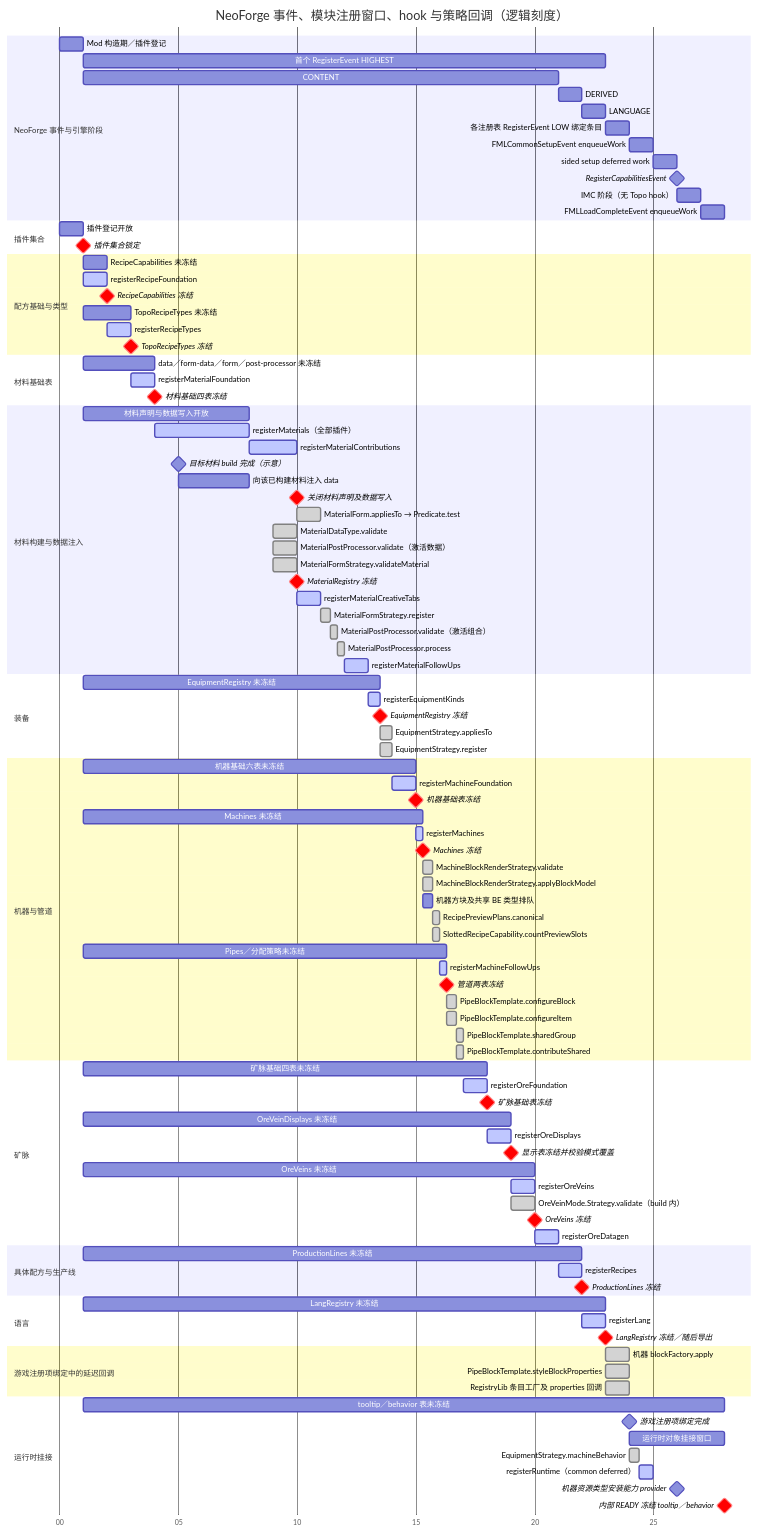
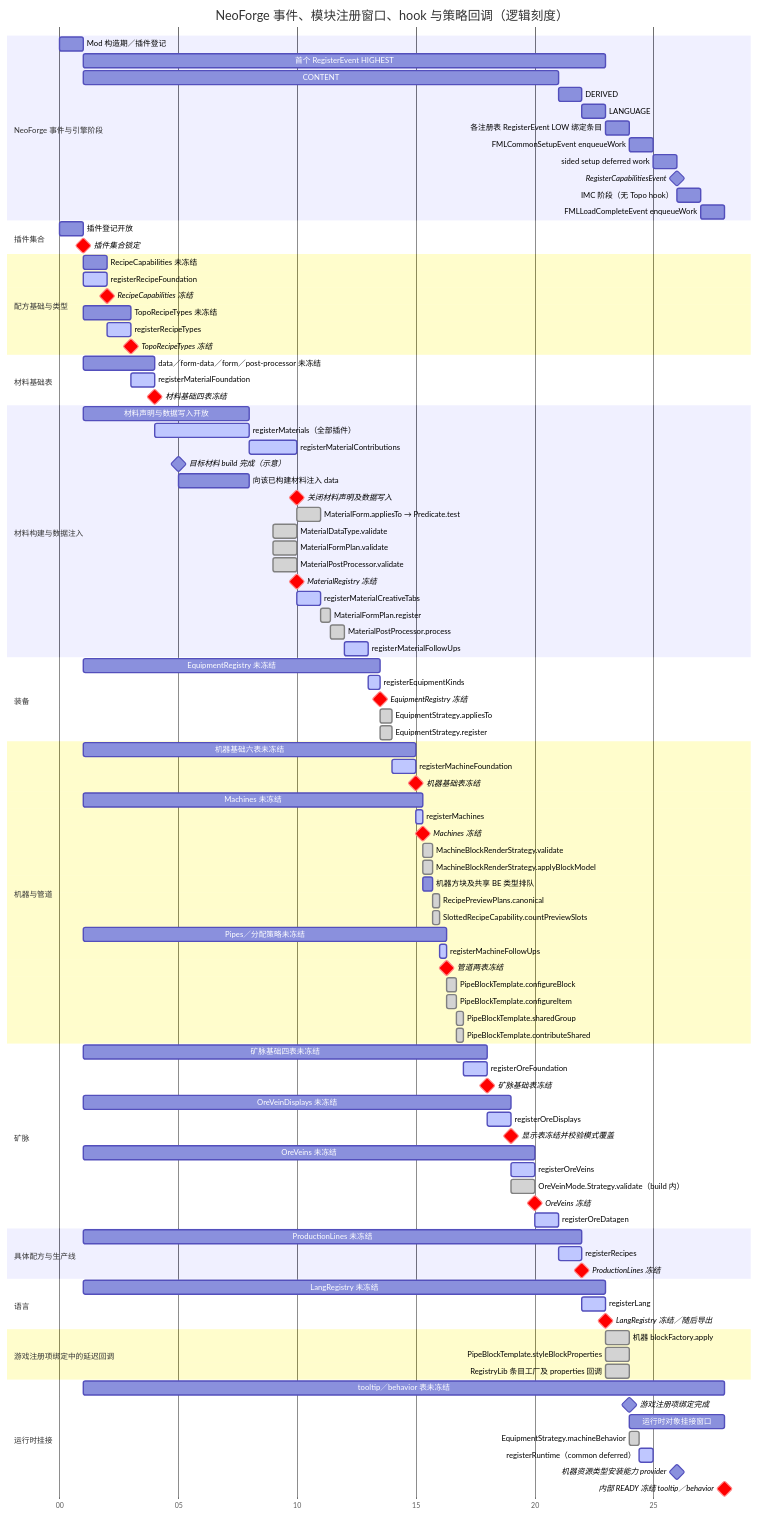
Before and after one commit to PhasetransCrystal/Topology: the diagram in docs-content/foundation/lifecycle.md, drawn with Mermaid. The commit also changed other lines of this file and 54 other files, not shown here.

First line of the commit message:
refactor: rebuild material form planning and content lookup

```diff
--- a/docs-content/foundation/lifecycle.md
+++ b/docs-content/foundation/lifecycle.md
@@ -67,13 +67,12 @@
     关闭材料声明及数据写入              :milestone, crit, dataClosed, after contributions, 0s
     MaterialForm.appliesTo → Predicate.test :done, selection, after dataClosed, 1s
     MaterialDataType.validate           :done, dataValidation, 9000, 1s
-    MaterialPostProcessor.validate（激活数据） :done, activationValidation, 9000, 1s
-    MaterialFormStrategy.validateMaterial :done, validation, 9000, 1s
+    MaterialFormPlan.validate      :done, validation, 9000, 1s
+    MaterialPostProcessor.validate :done, activationValidation, 9000, 1s
     MaterialRegistry 冻结               :milestone, crit, materialFrozen, after validation, 0s
     registerMaterialCreativeTabs        :active, tabs, after materialFrozen, 1s
-    MaterialFormStrategy.register        :done, formContent, 11000, 11400
-    MaterialPostProcessor.validate（激活组合） :done, processorValidation, 11400, 11700
-    MaterialPostProcessor.process        :done, content, 11700, 12000
+    MaterialFormPlan.register            :done, formContent, 11000, 11400
+    MaterialPostProcessor.process        :done, content, 11400, 12000
     registerMaterialFollowUps           :active, followups, after content, 1s
 
     section 装备
```
